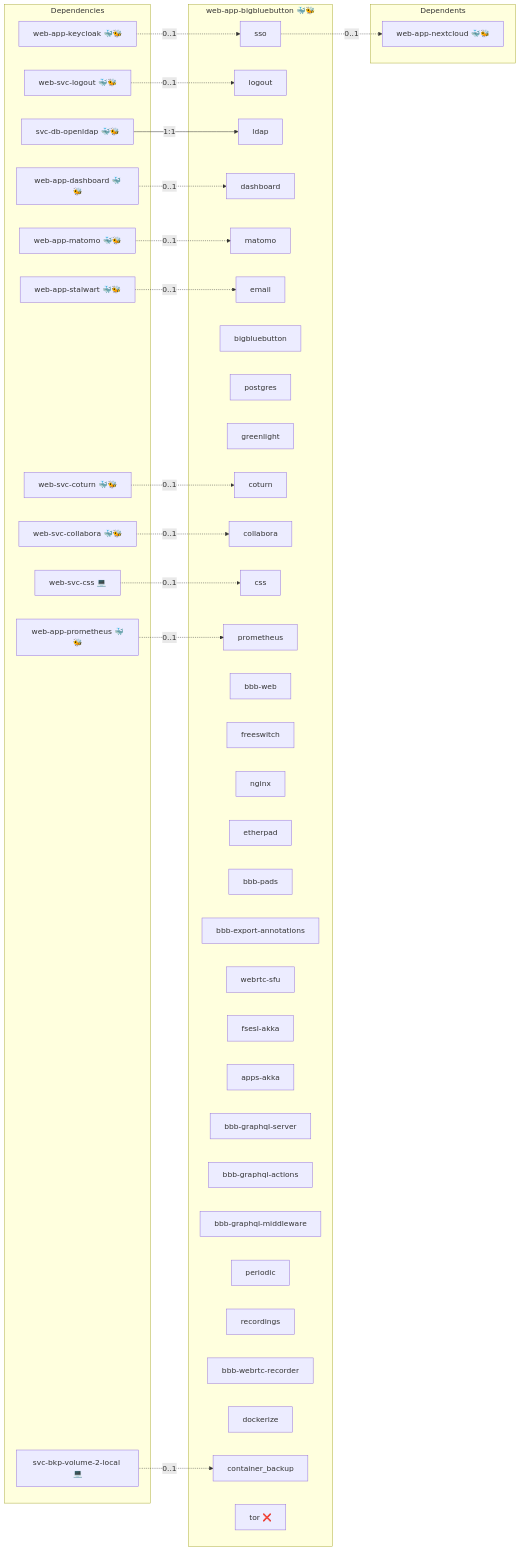
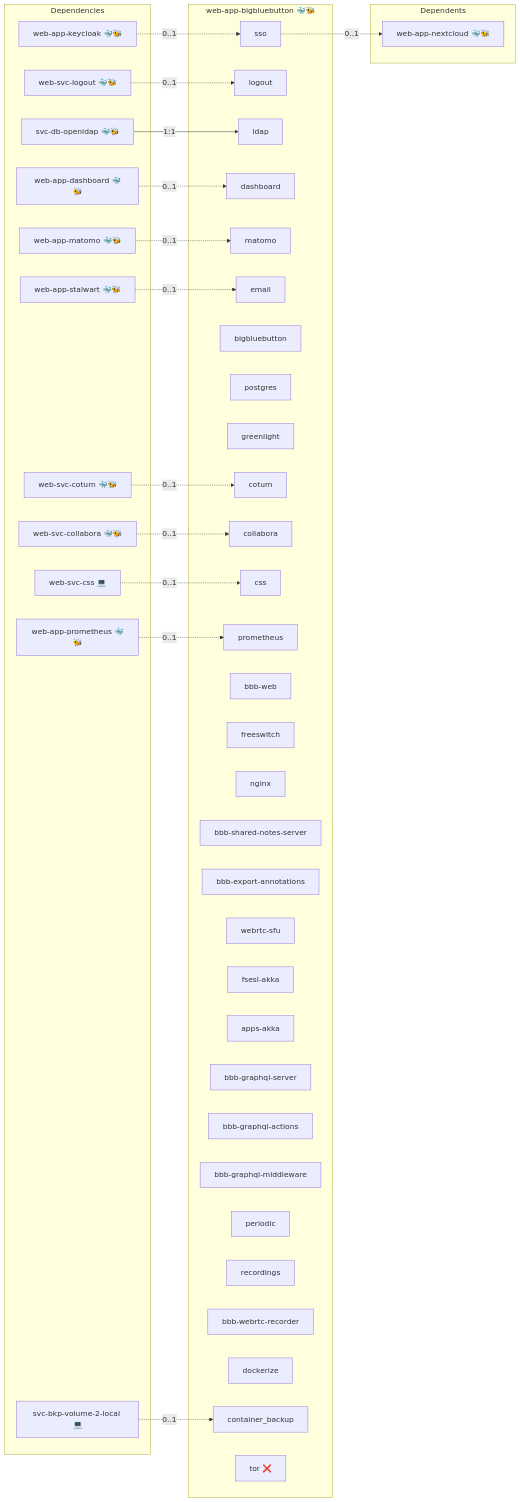
The diagram in roles/web-app-bigbluebutton/README.md (AlejandroRomanIbanez/infinito-nexus), drawn with Mermaid before and after one commit. The commit also changed other lines of this file and 16 other files, not shown here.

First line of the commit message:
fix(web-app-bigbluebutton): run BBB v3.0.39 with the shared-notes server

````diff
--- a/roles/web-app-bigbluebutton/README.md
+++ b/roles/web-app-bigbluebutton/README.md
@@ -19,64 +19,63 @@
 ```mermaid
 flowchart LR
     subgraph deps [Dependencies]
         dep_svc_bkp_volume_2_local["svc-bkp-volume-2-local 💻"]
         dep_svc_db_openldap["svc-db-openldap 🐳🐝"]
         dep_web_app_dashboard["web-app-dashboard 🐳🐝"]
         dep_web_app_keycloak["web-app-keycloak 🐳🐝"]
         dep_web_app_matomo["web-app-matomo 🐳🐝"]
         dep_web_app_prometheus["web-app-prometheus 🐳🐝"]
         dep_web_app_stalwart["web-app-stalwart 🐳🐝"]
         dep_web_svc_collabora["web-svc-collabora 🐳🐝"]
         dep_web_svc_coturn["web-svc-coturn 🐳🐝"]
         dep_web_svc_css["web-svc-css 💻"]
         dep_web_svc_logout["web-svc-logout 🐳🐝"]
     end
     subgraph role [web-app-bigbluebutton 🐳🐝]
         svc_sso["sso"]
         svc_logout["logout"]
         svc_ldap["ldap"]
         svc_dashboard["dashboard"]
         svc_matomo["matomo"]
         svc_email["email"]
         svc_bigbluebutton["bigbluebutton"]
         svc_postgres["postgres"]
         svc_greenlight["greenlight"]
         svc_coturn["coturn"]
         svc_collabora["collabora"]
         svc_css["css"]
         svc_prometheus["prometheus"]
         svc_bbb_web["bbb-web"]
         svc_freeswitch["freeswitch"]
         svc_nginx["nginx"]
-        svc_etherpad["etherpad"]
-        svc_bbb_pads["bbb-pads"]
+        svc_bbb_shared_notes_server["bbb-shared-notes-server"]
         svc_bbb_export_annotations["bbb-export-annotations"]
         svc_webrtc_sfu["webrtc-sfu"]
         svc_fsesl_akka["fsesl-akka"]
         svc_apps_akka["apps-akka"]
         svc_bbb_graphql_server["bbb-graphql-server"]
         svc_bbb_graphql_actions["bbb-graphql-actions"]
         svc_bbb_graphql_middleware["bbb-graphql-middleware"]
         svc_periodic["periodic"]
         svc_recordings["recordings"]
         svc_bbb_webrtc_recorder["bbb-webrtc-recorder"]
         svc_dockerize["dockerize"]
         svc_container_backup["container_backup"]
         svc_tor["tor ❌"]
     end
     subgraph dependents [Dependents]
         dpt_web_app_nextcloud["web-app-nextcloud 🐳🐝"]
     end
     dep_svc_bkp_volume_2_local -. "0..1" .-> svc_container_backup
     dep_svc_db_openldap -- "1:1" --> svc_ldap
     dep_web_app_dashboard -. "0..1" .-> svc_dashboard
     dep_web_app_keycloak -. "0..1" .-> svc_sso
     dep_web_app_matomo -. "0..1" .-> svc_matomo
     dep_web_app_prometheus -. "0..1" .-> svc_prometheus
     dep_web_app_stalwart -. "0..1" .-> svc_email
     dep_web_svc_collabora -. "0..1" .-> svc_collabora
     dep_web_svc_coturn -. "0..1" .-> svc_coturn
     dep_web_svc_css -. "0..1" .-> svc_css
     dep_web_svc_logout -. "0..1" .-> svc_logout
     svc_sso -. "0..1" .-> dpt_web_app_nextcloud
 ```
````
